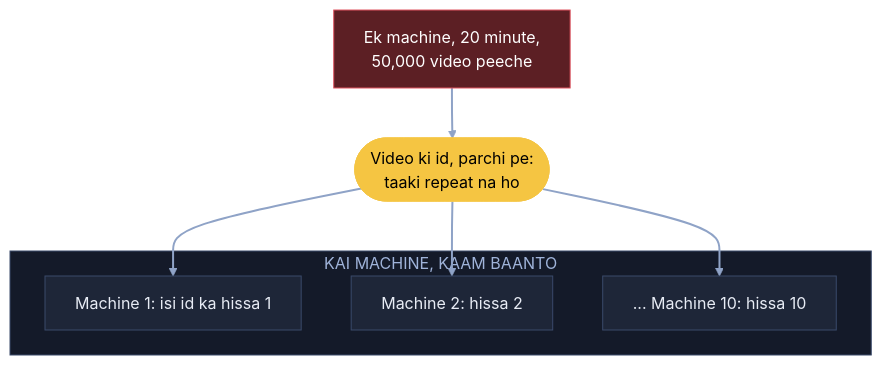
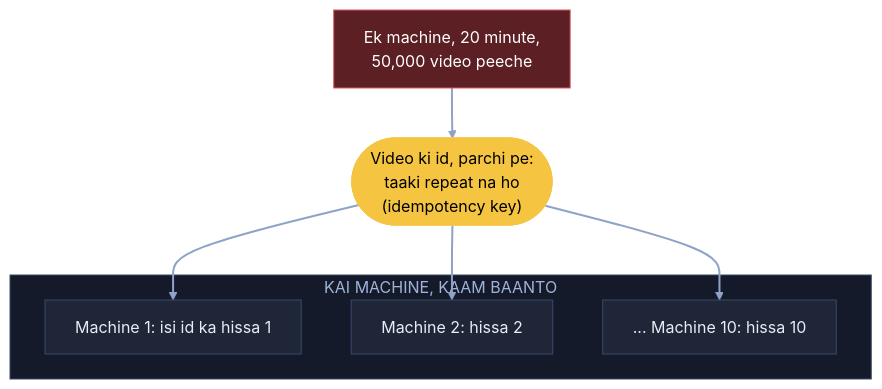
One commit to ArpanMaheshwari144/Prep changed diagram 12 of 21 in 04_HLD/SYSTEM_DESIGNS/03_twitter_feed/03_twitter_feed.md. Above: the diagram before and after it, drawn with Mermaid (neutral theme). The commit also changed other lines of this file and 20 other files, not shown here.

Commit message:
HLD main files: diagram me kahani shabd + bracket me asli naam (21 design, 182 label)

````diff
--- a/04_HLD/SYSTEM_DESIGNS/03_twitter_feed/03_twitter_feed.md
+++ b/04_HLD/SYSTEM_DESIGNS/03_twitter_feed/03_twitter_feed.md
@@ -443,20 +443,20 @@
 ```mermaid
 flowchart TB
     X["Ek machine, 20 minute,<br/>50,000 video peeche"]:::bad
-    P(["Video ki id, parchi pe:<br/>taaki repeat na ho"]):::pill
+    P(["Video ki id, parchi pe:<br/>taaki repeat na ho<br/>(idempotency key)"]):::pill
     subgraph KM["KAI MACHINE, KAAM BAANTO"]
         W1["Machine 1: isi id ka hissa 1"]:::card
         W2["Machine 2: hissa 2"]:::card
         WN["... Machine 10: hissa 10"]:::card
     end
     X --> P
     P --> W1
     P --> W2
     P --> WN
     linkStyle default stroke:#8fa3c7,stroke-width:2px
     classDef card fill:#1e2638,stroke:#3a4a6b,color:#e8ecf5
     classDef pill fill:#f5c542,stroke:#f5c542,color:#000
     classDef good fill:#2e7d4f,stroke:#3fbf6f,color:#fff
     classDef bad fill:#5c1f24,stroke:#e05561,color:#fff
     style KM fill:#141a29,stroke:#3a4a6b,color:#9fb3d9
 ```
````
